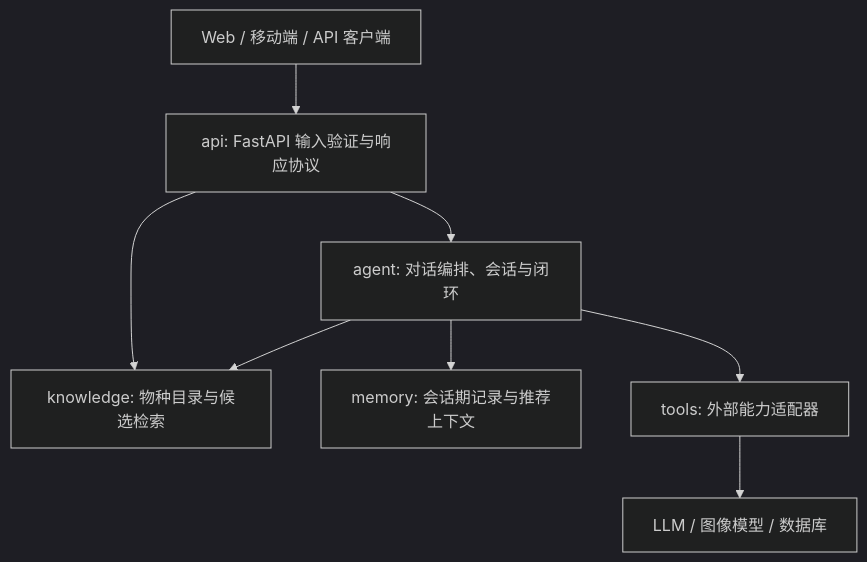
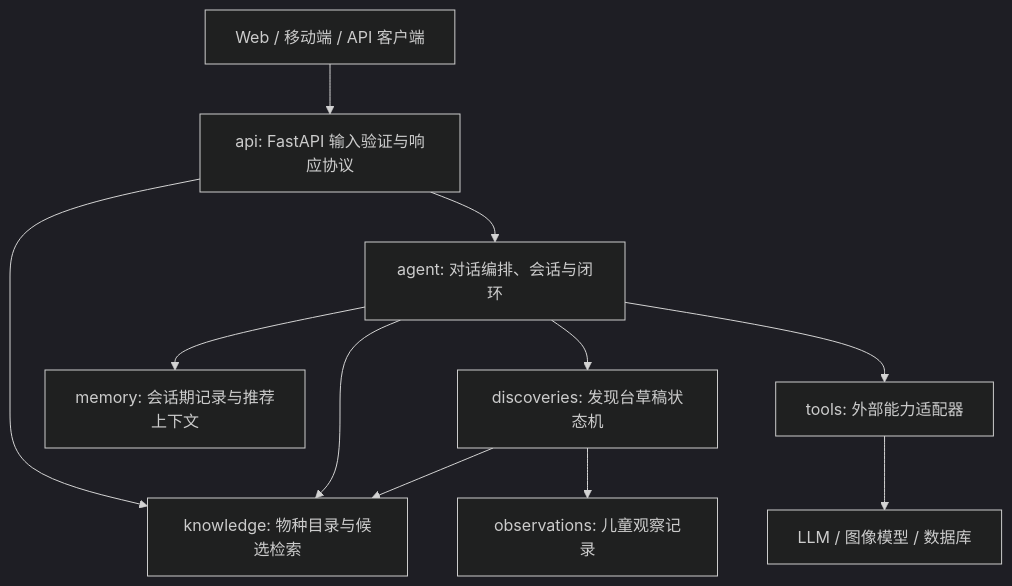
Before and after one commit to handsondad/nature-dex: the first of 2 diagrams in docs/mvp-architecture.md, drawn with Mermaid (dark theme). The commit also changed other lines of this file and 15 other files, not shown here.

````diff
--- a/docs/mvp-architecture.md
+++ b/docs/mvp-architecture.md
@@ -11,10 +11,13 @@
 ```mermaid
 flowchart TB
     Client[Web / 移动端 / API 客户端] --> API[api: FastAPI 输入验证与响应协议]
     API --> Agent[agent: 对话编排、会话与闭环]
     API --> Knowledge[knowledge: 物种目录与候选检索]
     Agent --> Knowledge
+    Agent --> Discovery[discoveries: 发现台草稿状态机]
+    Discovery --> Knowledge
+    Discovery --> Observation[observations: 儿童观察记录]
     Agent --> Memory[memory: 会话期记录与推荐上下文]
     Agent --> Tools[tools: 外部能力适配器]
     Tools --> External[LLM / 图像模型 / 数据库]
 ```
````
